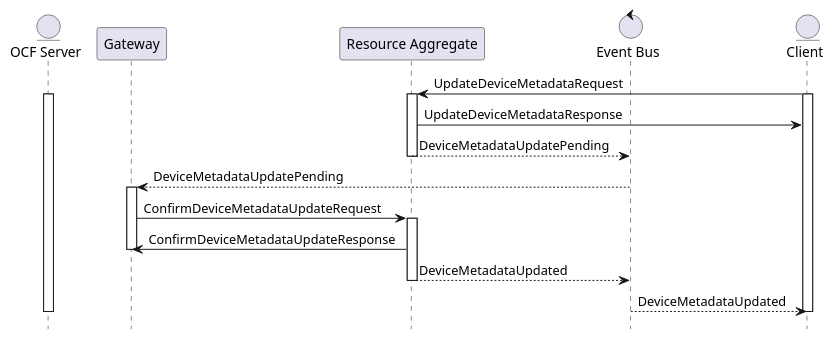
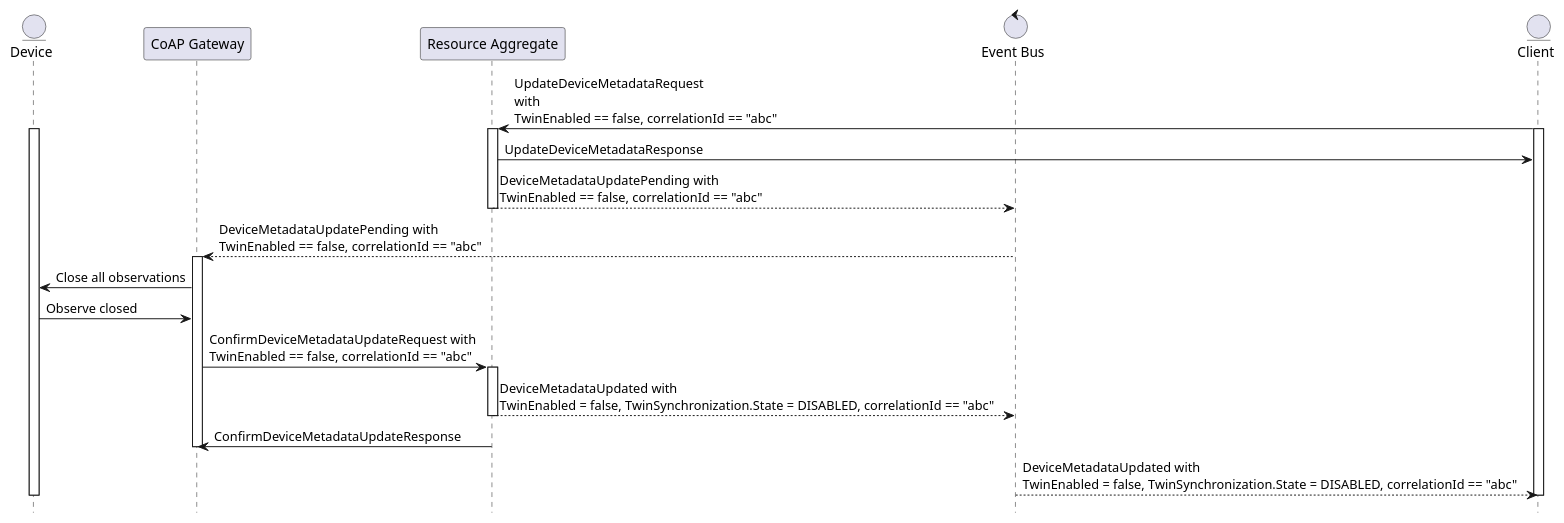
One commit to plgd-dev/doc changed the eighth of 9 diagrams in content/en/docs/features/device-twin.md. Above: the diagram before and after it, drawn with PlantUML. The commit also changed other lines of this file and 1 other file, not shown here.

```diff
--- a/content/en/docs/features/device-twin.md
+++ b/content/en/docs/features/device-twin.md
@@ -105,32 +272,33 @@
-{{< plantuml id="update-twin-synchronization" >}}
+{{< plantuml id="device-metadata-disable-twin" >}}
 @startuml Sequence
 skinparam backgroundColor transparent
 hide footbox
 
-entity "OCF Server" as Server
-participant "Gateway" as Gateway
-participant "Resource Aggregate" as ResourceAggregate
-control "Event Bus" as Bus
-entity "Client" as Client
+entity Device as Device
+participant CGW as "CoAP Gateway"
+participant RA as "Resource Aggregate"
+control EB as "Event Bus"
+entity Client as Client
 
-Client -> ResourceAggregate : UpdateDeviceMetadataRequest
+Client -> RA : UpdateDeviceMetadataRequest \nwith\nTwinEnabled == false, correlationId == "abc"
 activate Client
-activate ResourceAggregate
-activate Server
-ResourceAggregate -> Client : UpdateDeviceMetadataResponse
-ResourceAggregate --> Bus : DeviceMetadataUpdatePending
-deactivate ResourceAggregate
-Bus --> Gateway : DeviceMetadataUpdatePending
-activate Gateway
-
-Gateway -> ResourceAggregate : ConfirmDeviceMetadataUpdateRequest
-activate ResourceAggregate
-ResourceAggregate -> Gateway : ConfirmDeviceMetadataUpdateResponse
-deactivate Gateway
-ResourceAggregate --> Bus : DeviceMetadataUpdated
-deactivate ResourceAggregate
-Bus --> Client : DeviceMetadataUpdated
+activate RA
+activate Device
+RA -> Client: UpdateDeviceMetadataResponse
+RA --> EB: DeviceMetadataUpdatePending with\nTwinEnabled == false, correlationId == "abc"
+deactivate RA
+EB --> CGW : DeviceMetadataUpdatePending with\nTwinEnabled == false, correlationId == "abc"
+activate CGW
+CGW -> Device: Close all observations
+Device -> CGW: Observe closed
+CGW -> RA: ConfirmDeviceMetadataUpdateRequest with\nTwinEnabled == false, correlationId == "abc"
+activate RA
+RA --> EB: DeviceMetadataUpdated with\nTwinEnabled = false, TwinSynchronization.State = DISABLED, correlationId == "abc"
+deactivate RA
+RA -> CGW: ConfirmDeviceMetadataUpdateResponse
+deactivate CGW
+EB --> Client: DeviceMetadataUpdated with\nTwinEnabled = false, TwinSynchronization.State = DISABLED, correlationId == "abc"
 deactivate Client
-deactivate Server
+deactivate Device
 @enduml
 {{< /plantuml >}}
```
